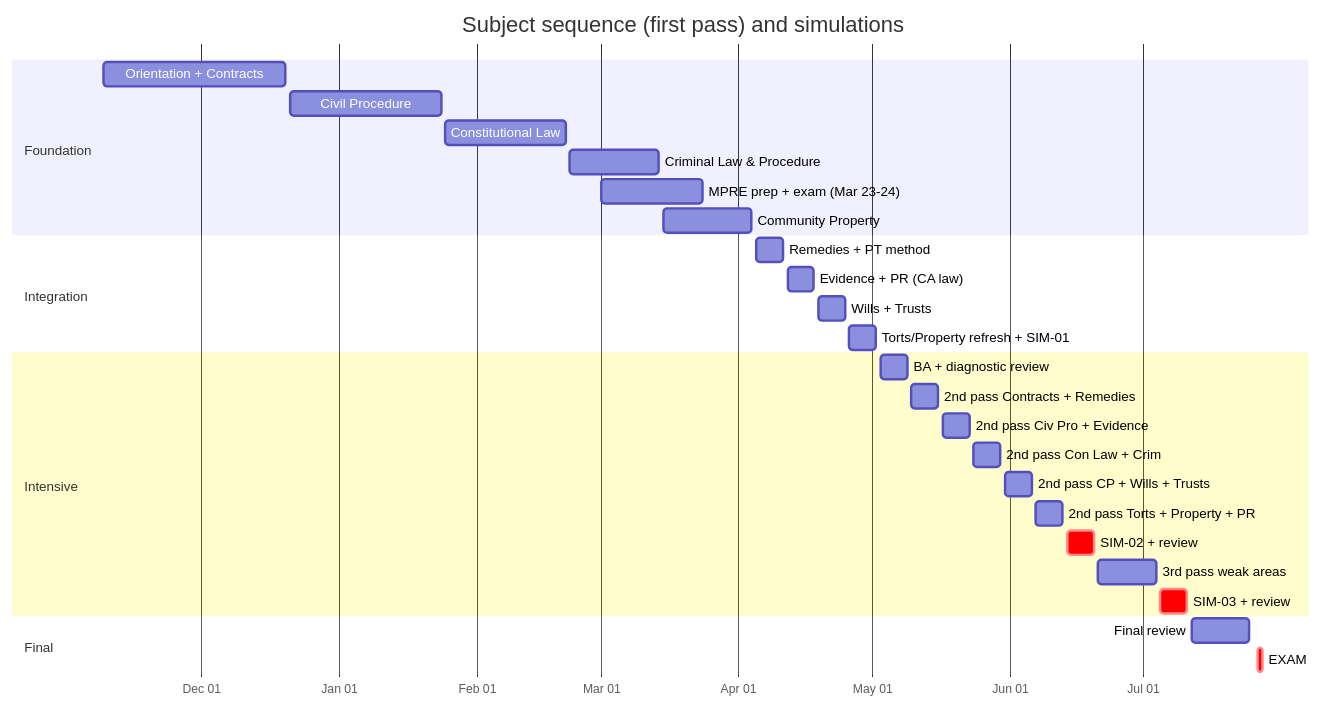
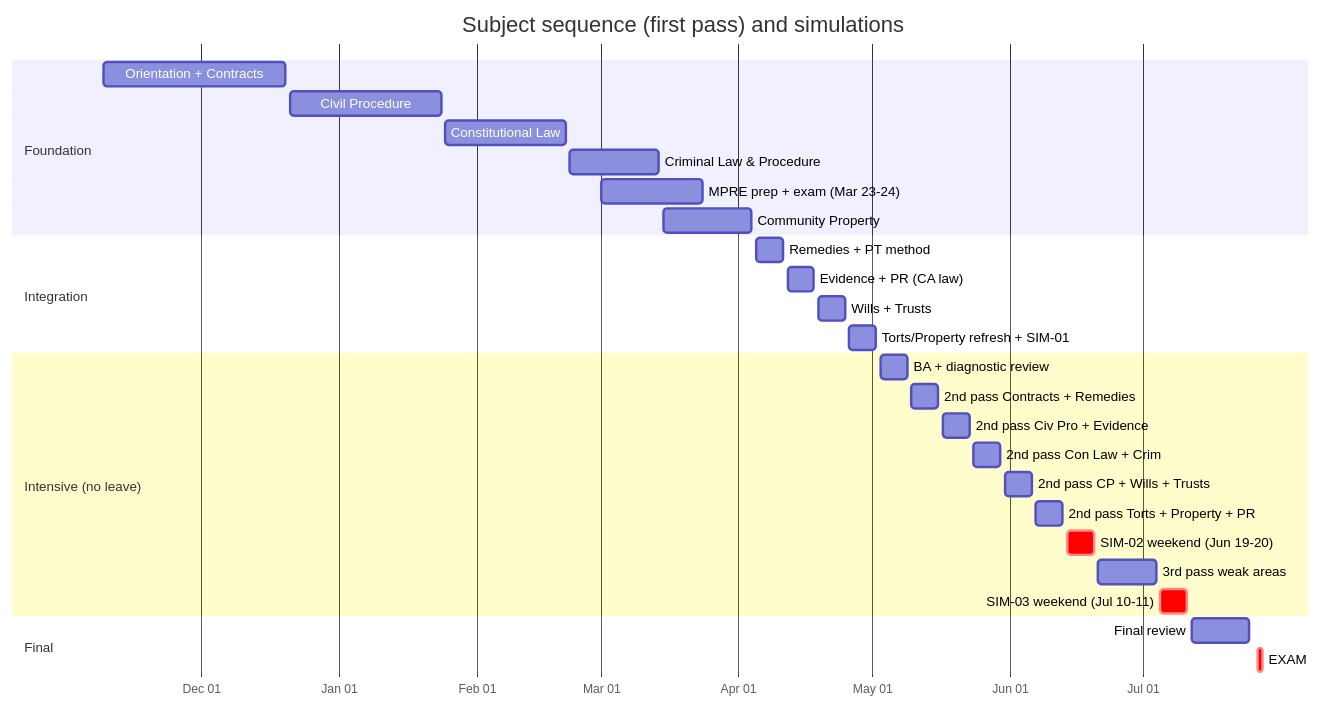
The diagram in 01-study-plan/master-plan.md (FrankHuang94/ca-bar-prep-claude), drawn with Mermaid before and after one commit. The commit also changed other lines of this file and 41 other files, not shown here.

First line of the commit message:
study-plan: re-plan intensive/final phases without leave; weekend simulations (Jun 19-20, Jul 10-11); recomputed targets

````diff
--- a/01-study-plan/master-plan.md
+++ b/01-study-plan/master-plan.md
@@ -35,31 +41,31 @@
 ```mermaid
 gantt
     title Subject sequence (first pass) and simulations
     dateFormat YYYY-MM-DD
     axisFormat %b %d
     section Foundation
     Orientation + Contracts           :c1, 2026-11-09, 2026-12-20
     Civil Procedure                   :c2, 2026-12-21, 2027-01-24
     Constitutional Law                :c3, 2027-01-25, 2027-02-21
     Criminal Law & Procedure          :c4, 2027-02-22, 2027-03-14
     MPRE prep + exam (Mar 23-24)      :m1, 2027-03-01, 2027-03-24
     Community Property                :c5, 2027-03-15, 2027-04-04
     section Integration
     Remedies + PT method              :i1, 2027-04-05, 2027-04-11
     Evidence + PR (CA law)            :i2, 2027-04-12, 2027-04-18
     Wills + Trusts                    :i3, 2027-04-19, 2027-04-25
     Torts/Property refresh + SIM-01   :i4, 2027-04-26, 2027-05-02
-    section Intensive
+    section Intensive (no leave)
     BA + diagnostic review            :n1, 2027-05-03, 2027-05-09
     2nd pass Contracts + Remedies     :n2, 2027-05-10, 2027-05-16
     2nd pass Civ Pro + Evidence       :n3, 2027-05-17, 2027-05-23
     2nd pass Con Law + Crim           :n4, 2027-05-24, 2027-05-30
     2nd pass CP + Wills + Trusts      :n5, 2027-05-31, 2027-06-06
     2nd pass Torts + Property + PR    :n6, 2027-06-07, 2027-06-13
-    SIM-02 + review                   :crit, n7, 2027-06-14, 2027-06-20
+    SIM-02 weekend (Jun 19-20)        :crit, n7, 2027-06-14, 2027-06-20
     3rd pass weak areas               :n8, 2027-06-21, 2027-07-04
-    SIM-03 + review                   :crit, n9, 2027-07-05, 2027-07-11
+    SIM-03 weekend (Jul 10-11)        :crit, n9, 2027-07-05, 2027-07-11
     section Final
     Final review                      :f1, 2027-07-12, 2027-07-25
     EXAM                              :crit, f2, 2027-07-27, 2027-07-28
 ```
````
